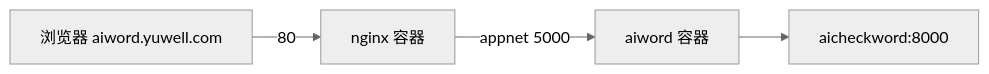
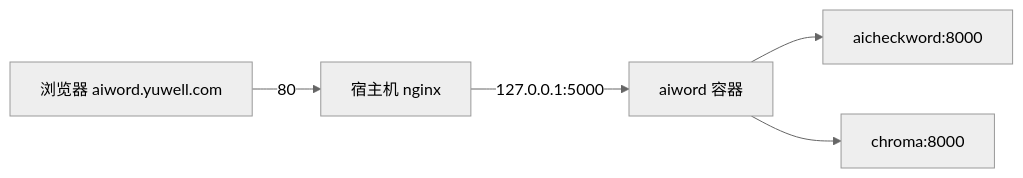
The second of 2 diagrams in deploy/README.md (gitlearning170921/aiword), drawn with Mermaid (neutral theme) before and after one commit. The commit also changed other lines of this file and 6 other files, not shown here.

````diff
--- a/deploy/README.md
+++ b/deploy/README.md
@@ -429,6 +429,7 @@
 ```mermaid
 flowchart LR
-  Browser[浏览器 aiword.yuwell.com] -->|80| Nginx[nginx 容器]
-  Nginx -->|appnet 5000| Aiword[aiword 容器]
+  Browser[浏览器 aiword.yuwell.com] -->|80| HostNginx[宿主机 nginx]
+  HostNginx -->|127.0.0.1:5000| Aiword[aiword 容器]
   Aiword --> Aicheck[aicheckword:8000]
+  Aiword --> Chroma[chroma:8000]
 ```
````
